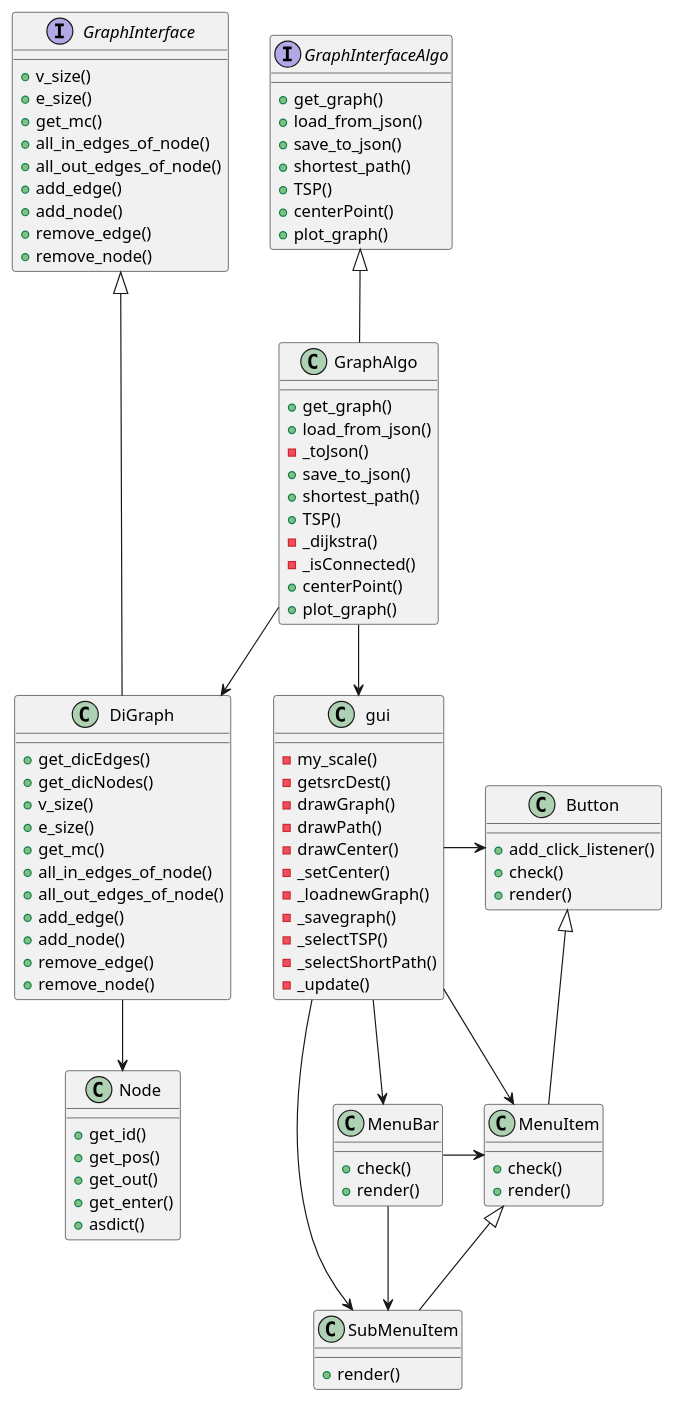
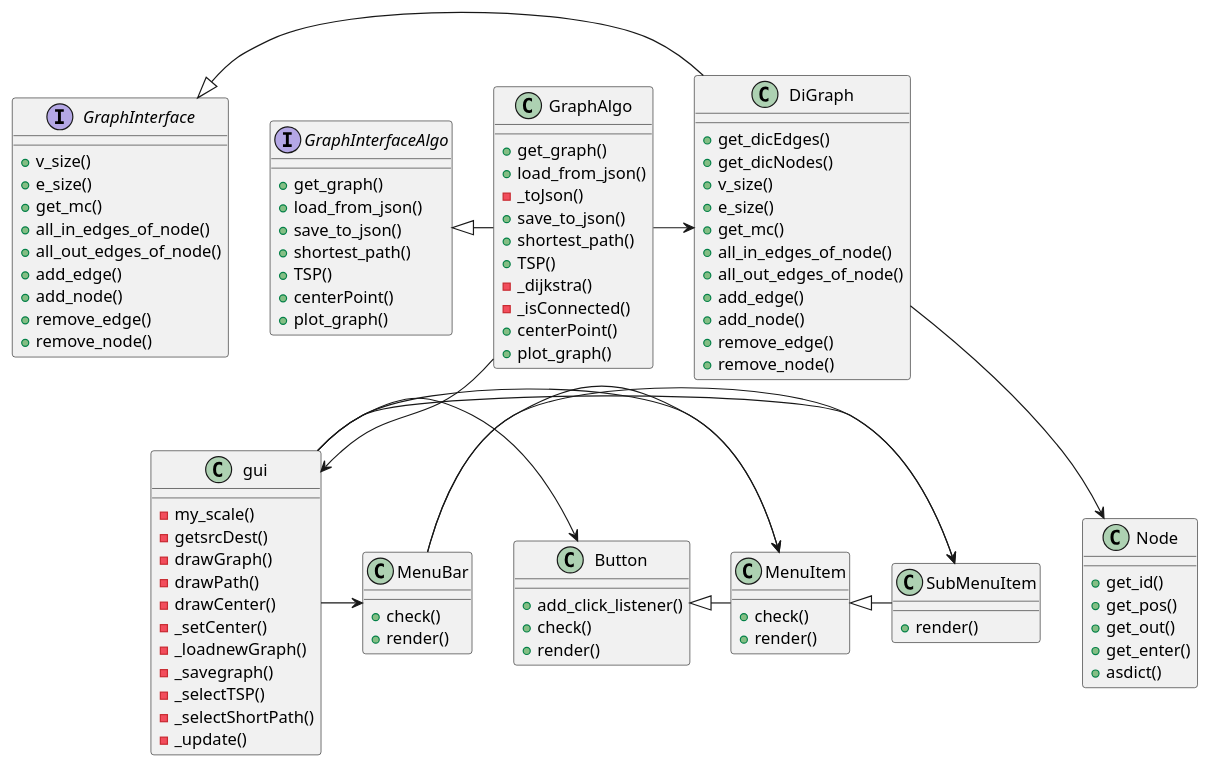
The diagram in EX3.puml (noamya-sh/Directed-Weighted-Graph), drawn with PlantUML before and after one commit.

Commit message:
update uml

```diff
--- a/EX3.puml
+++ b/EX3.puml
@@ -1,101 +1,101 @@
 @startuml
 'https://plantuml.com/class-diagram
 
 
 interface GraphInterface{
 +v_size()
 +e_size()
 +get_mc()
 +all_in_edges_of_node()
 +all_out_edges_of_node()
 +add_edge()
 +add_node()
 +remove_edge()
 +remove_node()
 }
 interface GraphInterfaceAlgo{
 +get_graph()
 +load_from_json()
 +save_to_json()
 +shortest_path()
 +TSP()
 +centerPoint()
 +plot_graph()
 }
 class DiGraph{
 +get_dicEdges()
 +get_dicNodes()
 +v_size()
 +e_size()
 +get_mc()
 +all_in_edges_of_node()
 +all_out_edges_of_node()
 +add_edge()
 +add_node()
 +remove_edge()
 +remove_node()
 }
 class Node{
 +get_id()
 +get_pos()
 +get_out()
 +get_enter()
 +asdict()
 }
 class GraphAlgo{
 +get_graph()
 +load_from_json()
 -_toJson()
 +save_to_json()
 +shortest_path()
 +TSP()
 -_dijkstra()
 -_isConnected()
 +centerPoint()
 +plot_graph()
 }
 class Button{
 +add_click_listener()
 +check()
 +render()
 }
 
 class MenuBar{
 +check()
 +render()
 }
 class SubMenuItem{
 +render()
 }
 class MenuItem{
 +check()
 +render()
 }
 class gui{
 -my_scale()
 -getsrcDest()
 -drawGraph()
 -drawPath()
 -drawCenter()
 -_setCenter()
 -_loadnewGraph()
 -_savegraph()
 -_selectTSP()
 -_selectShortPath()
 -_update()
 
 }
-GraphInterface <|--- DiGraph
-GraphInterfaceAlgo <|-- GraphAlgo
+GraphInterface <|- DiGraph
+GraphInterfaceAlgo <|- GraphAlgo
 DiGraph --> Node
-GraphAlgo-->DiGraph
+GraphAlgo->DiGraph
 GraphAlgo-->gui
 gui->MenuItem
 gui->MenuBar
 gui->Button
 gui->SubMenuItem
 MenuBar->MenuItem
 MenuBar->SubMenuItem
-Button <|-- MenuItem
-MenuItem<|-- SubMenuItem
+Button <|- MenuItem
+MenuItem<|- SubMenuItem
 @enduml
```
